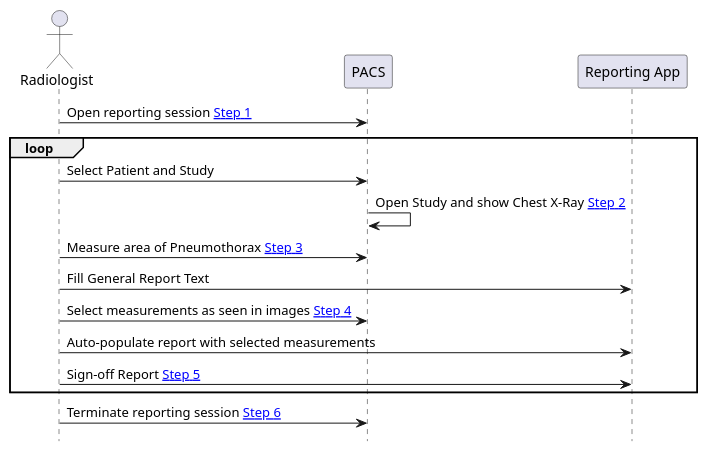
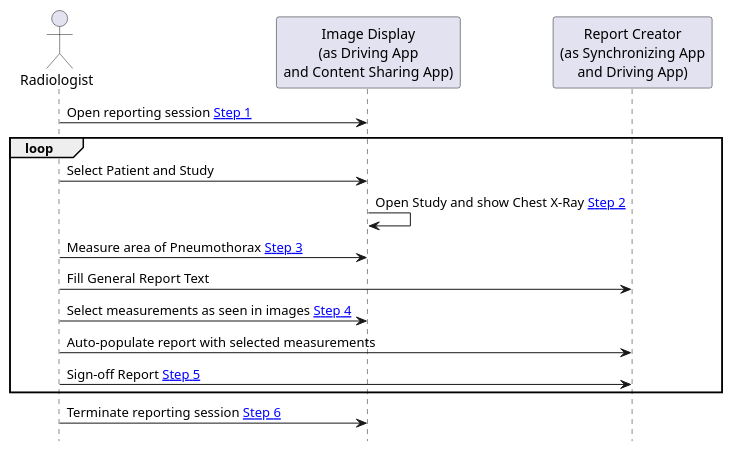
The diagram in input/images-source/ReportingFlow.plantuml (IHE/RAD.IRA), drawn with PlantUML before and after one commit. The commit also changed 9 other files, not shown here.

Commit message:
Updated actor to be Image Display and Report Creator. Also indicates what type of application they are grouped to.

```diff
--- a/input/images-source/ReportingFlow.plantuml
+++ b/input/images-source/ReportingFlow.plantuml
@@ -1,23 +1,23 @@
 @startuml
 
 hide footbox
 
 actor Radiologist as User
-participant "PACS" as PACS
-participant "Reporting App" as Report
+participant "Image Display\n(as Driving App\nand Content Sharing App)" as PACS
+participant "Report Creator\n(as Synchronizing App\nand Driving App)" as Report
 
 User -> PACS: Open reporting session [[volume-1.html#1xx42121-step-1-open-reporting-session Step 1]]
 
 loop
 User -> PACS: Select Patient and Study
 PACS -> PACS: Open Study and show Chest X-Ray [[volume-1.html#1xx42122-step-2-open-study-in-context Step 2]]
 User -> PACS: Measure area of Pneumothorax [[volume-1.html#1xx42123-step-3-add-content-optional Step 3]]
 User -> Report: Fill General Report Text
 User -> PACS: Select measurements as seen in images [[volume-1.html#1xx42124-step-4-select-content-optional Step 4]]
 User -> Report: Auto-populate report with selected measurements
 User -> Report: Sign-off Report [[volume-1.html#1xx42125-step-5-sign-off-report Step 5]]
 end
 
 User->PACS: Terminate reporting session [[volume-1.html#1xx42126-step-6-terminate-reporting-session Step 6]]
 
 @enduml
```
